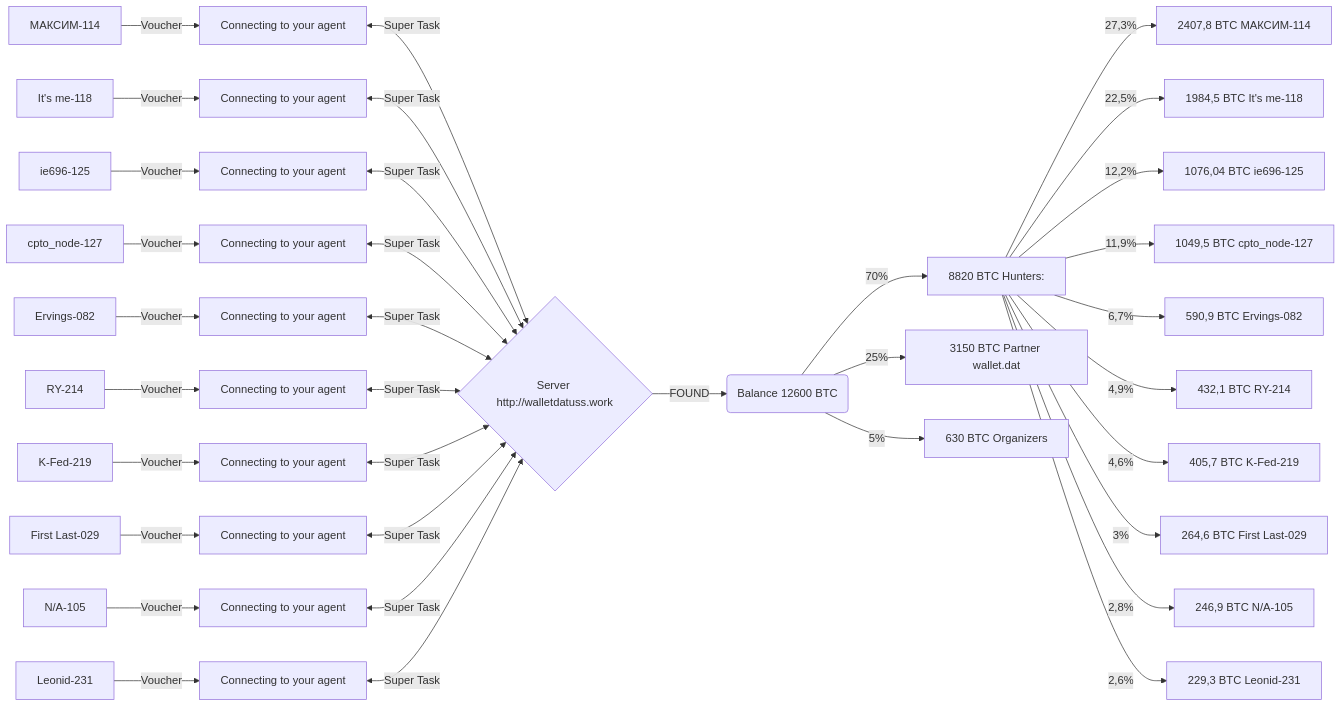
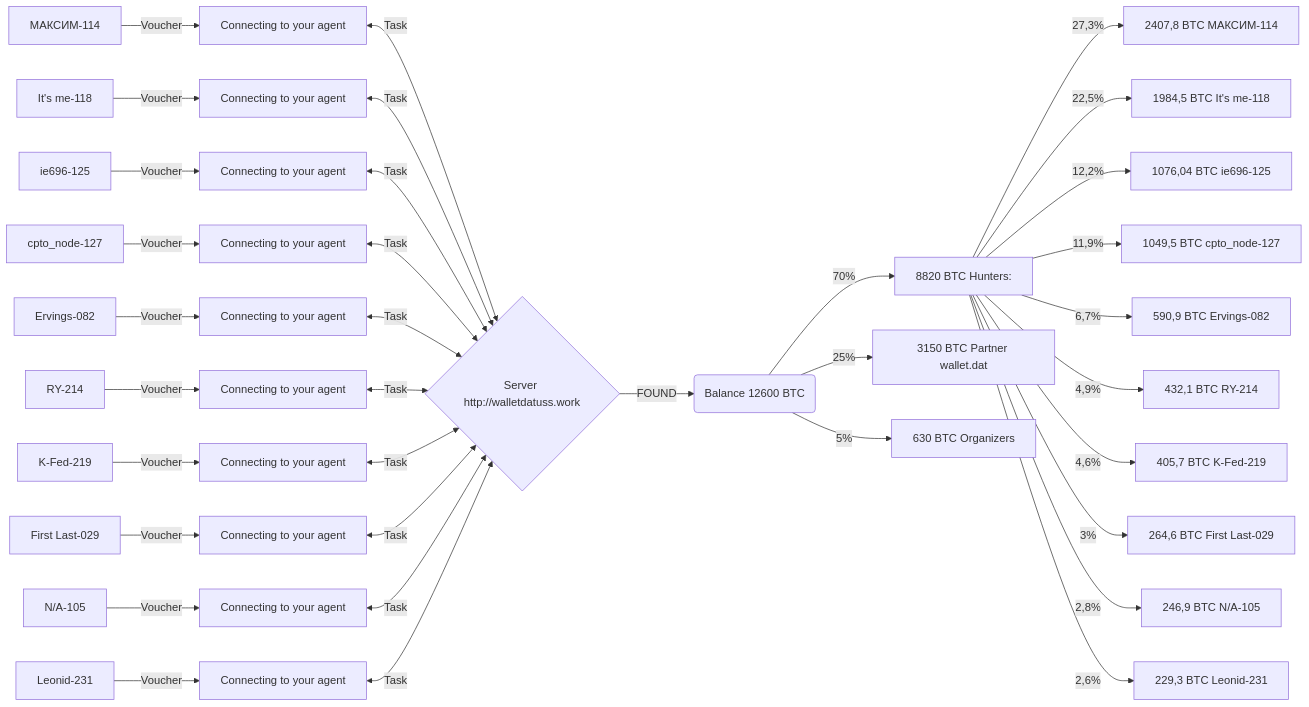
The diagram in README.md (flian/LostWallets), drawn with Mermaid before and after one commit.

````diff
--- a/README.md
+++ b/README.md
@@ -18,39 +18,39 @@
 ```mermaid
 flowchart LR
 
 A[МАКСИМ-114] -->|Voucher| T(Connecting)
 F[It's me-118] -->|Voucher| H(Connecting)
 G[ie696-125] -->|Voucher| U(Connecting)
 J[cpto_node-127] -->|Voucher| M(Connecting)
 AA[Ervings-082] -->|Voucher| TT(Connecting)
 FF[RY-214] -->|Voucher| HH(Connecting)
 GG[K-Fed-219] -->|Voucher| UU(Connecting)
 JJ[First Last-029] -->|Voucher| MM(Connecting)
 AAA[N/A-105] -->|Voucher| TTT(Connecting)
 FFF[Leonid-231] -->|Voucher| HHH(Connecting)
-T[Connecting to your agent] <-->|Super Task| C{Server http://walletdatuss.work}
-H[Connecting to your agent] <-->|Super Task| C{Server http://walletdatuss.work}
-U[Connecting to your agent] <-->|Super Task| C{Server http://walletdatuss.work}
-M[Connecting to your agent] <-->|Super Task| C{Server http://walletdatuss.work}
-TT[Connecting to your agent] <-->|Super Task| C{Server http://walletdatuss.work}
-HH[Connecting to your agent] <-->|Super Task| C{Server http://walletdatuss.work}
-UU[Connecting to your agent] <-->|Super Task| C{Server http://walletdatuss.work}
-MM[Connecting to your agent] <-->|Super Task| C{Server http://walletdatuss.work}
-TTT[Connecting to your agent] <-->|Super Task| C{Server http://walletdatuss.work}
-HHH[Connecting to your agent] <-->|Super Task| C{Server http://walletdatuss.work}
+T[Connecting to your agent] <-->|Task| C{Server http://walletdatuss.work}
+H[Connecting to your agent] <-->|Task| C{Server http://walletdatuss.work}
+U[Connecting to your agent] <-->|Task| C{Server http://walletdatuss.work}
+M[Connecting to your agent] <-->|Task| C{Server http://walletdatuss.work}
+TT[Connecting to your agent] <-->|Task| C{Server http://walletdatuss.work}
+HH[Connecting to your agent] <-->|Task| C{Server http://walletdatuss.work}
+UU[Connecting to your agent] <-->|Task| C{Server http://walletdatuss.work}
+MM[Connecting to your agent] <-->|Task| C{Server http://walletdatuss.work}
+TTT[Connecting to your agent] <-->|Task| C{Server http://walletdatuss.work}
+HHH[Connecting to your agent] <-->|Task| C{Server http://walletdatuss.work}
 C -->|FOUND| D(Balance 12600 BTC)
 D -->|70%| Y[8820 BTC Hunters:]
 D -->|25%| E[3150 BTC Partner wallet.dat]
 D -->|5%| X[630 BTC Organizers]
 Y -->|27,3%| W[2407,8 BTC МАКСИМ-114]
 Y -->|22,5%| Z[1984,5 BTC It's me-118]
 Y -->|12,2%| P[1076,04 BTC ie696-125]
 Y -->|11,9%| S[1049,5 BTC cpto_node-127]
 Y -->|6,7%| WW[590,9 BTC Ervings-082]
 Y -->|4,9%| ZZ[432,1 BTC RY-214]
 Y -->|4,6%| PP[405,7 BTC K-Fed-219]
 Y -->|3%| SS[264,6 BTC First Last-029]
 Y -->|2,8%| WWW[246,9 BTC N/A-105]
 Y -->|2,6%| ZZZ[229,3 BTC Leonid-231]
 
 ```
````
